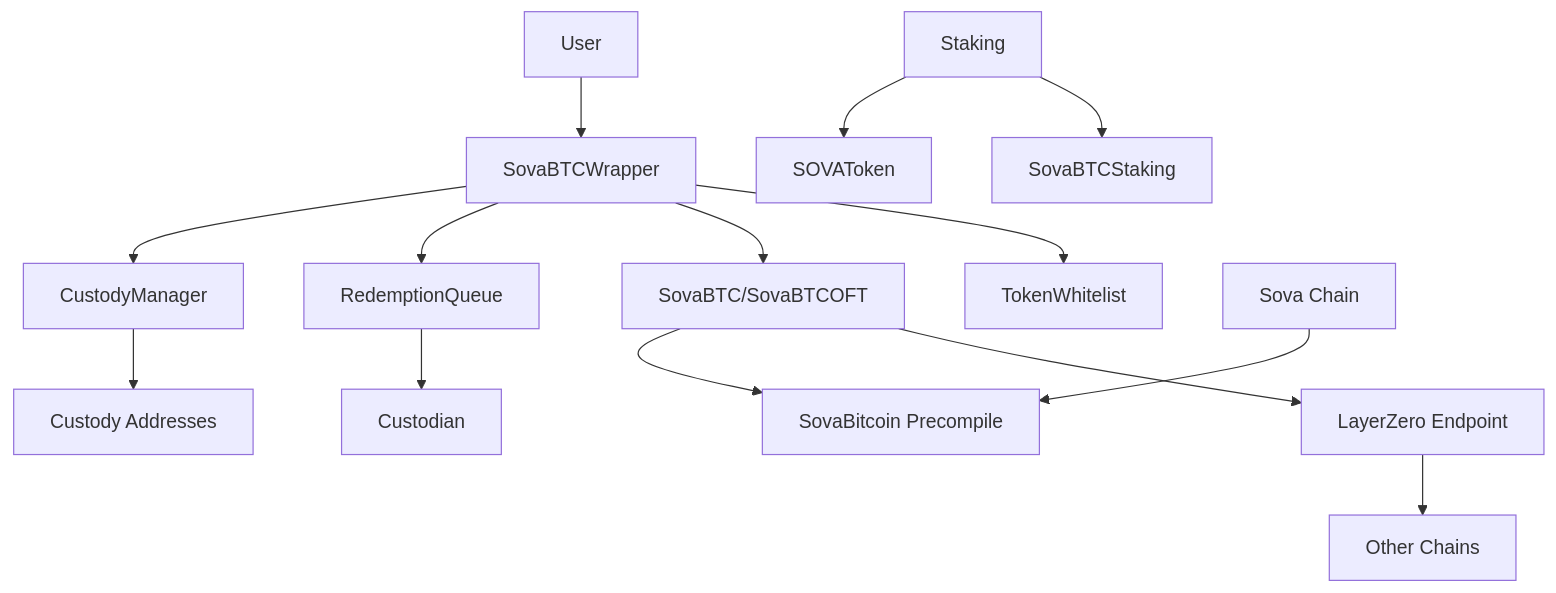
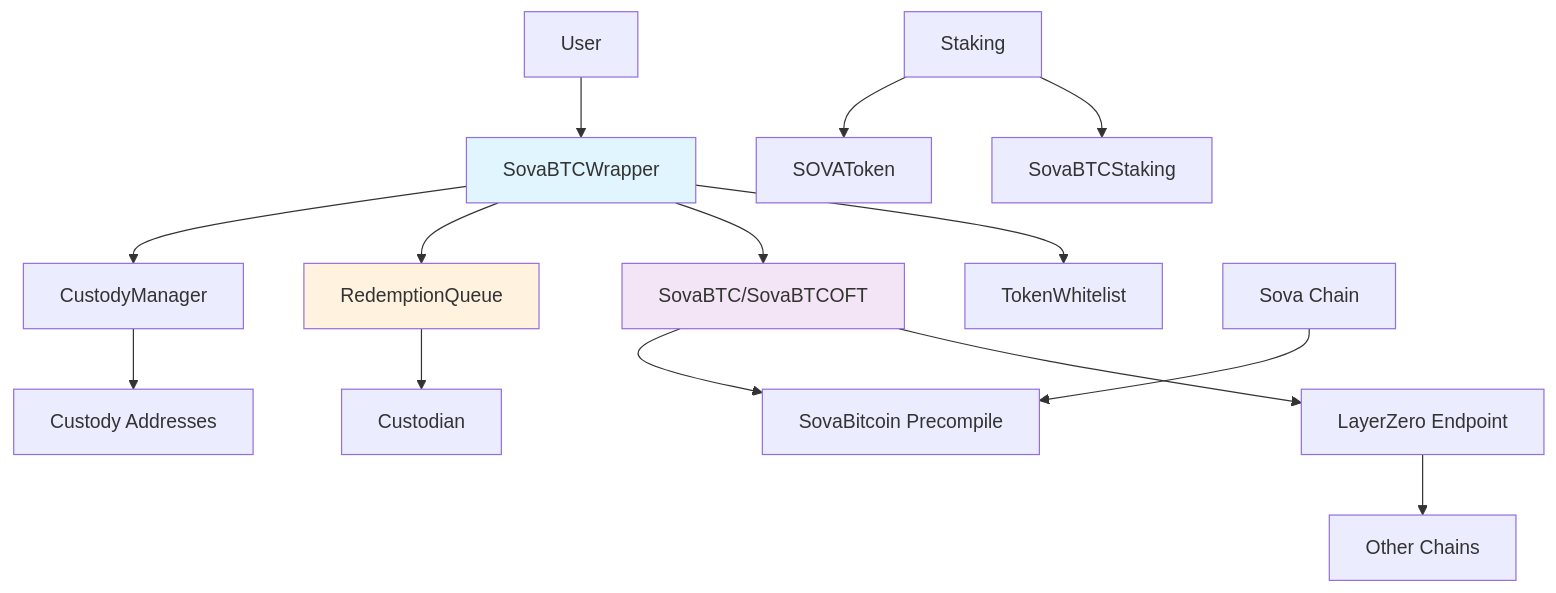
The second of 2 diagrams in README.md (SovaNetwork/contracts), drawn with Mermaid before and after one commit. The commit also changed other lines of this file and 195 other files, not shown here.

````diff
--- a/README.md
+++ b/README.md
@@ -39,20 +119,24 @@
 ```mermaid
 graph TB
     A[User] --> B[SovaBTCWrapper]
     B --> C[TokenWhitelist]
     B --> D[SovaBTC/SovaBTCOFT]
     B --> E[RedemptionQueue]
     B --> F[CustodyManager]
     
     D --> G[LayerZero Endpoint]
     G --> H[Other Chains]
     
     E --> I[Custodian]
     F --> J[Custody Addresses]
     
     K[Staking] --> L[SovaBTCStaking]
     K --> M[SOVAToken]
     
     N[Sova Chain] --> O[SovaBitcoin Precompile]
     D --> O
+    
+    style B fill:#e1f5fe
+    style D fill:#f3e5f5
+    style E fill:#fff3e0
 ```
````
